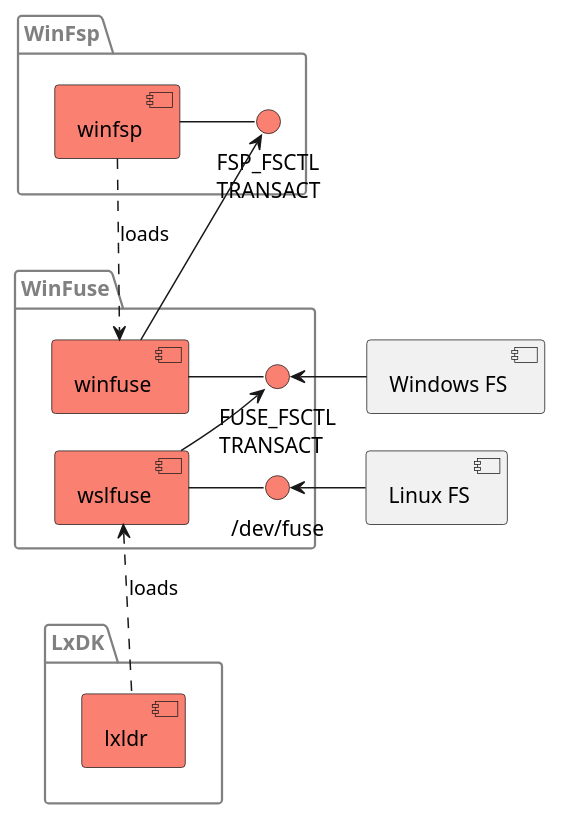
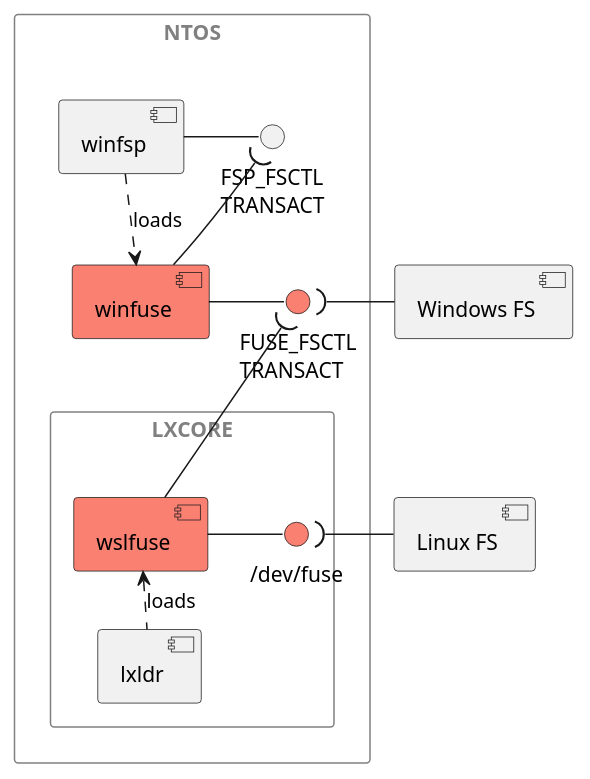
The diagram in doc/component.puml (billziss-gh/winfuse), drawn with PlantUML before and after one commit. The commit also changed 5 other files, not shown here.

Commit message:
doc: update diagrams

```diff
--- a/doc/component.puml
+++ b/doc/component.puml
@@ -1,57 +1,74 @@
-skinparam componentStyle uml2
 skinparam nodesep 50
-skinparam ranksep 10
-skinparam package {
+skinparam ranksep 20
+skinparam rectangle {
     fontcolor grey
     borderColor grey
     shadowing false
 }
+'skinparam linetype ortho
 
-together {
-    package WinFsp {
-        together {
-            component winfsp #Salmon
-            interface "FSP_FSCTL\nTRANSACT" as FSP_FSCTL_TRANSACT #Salmon
-            winfsp -right- FSP_FSCTL_TRANSACT
-        }
+rectangle "NTOS\n" as NTOS {
+    component winfsp
+    interface "FSP_FSCTL\nTRANSACT" as FSP_FSCTL_TRANSACT
+    winfsp -right- FSP_FSCTL_TRANSACT
+
+    component winfuse #Salmon
+    interface "FUSE_FSCTL\nTRANSACT" as FUSE_FSCTL_TRANSACT #Salmon
+    winfuse -right- FUSE_FSCTL_TRANSACT
+
+    winfsp .down.> winfuse: loads
+    winfuse -up--( FSP_FSCTL_TRANSACT
+
+    rectangle "LXCORE\n" as LXCORE {
+        component wslfuse #Salmon
+        interface "/dev/fuse" as devfuse #Salmon
+        wslfuse -right- devfuse
+
+        component lxldr
+
+        lxldr .up.> wslfuse: loads
     }
 
-    package WinFuse {
-        together {
-            component winfuse #Salmon
-            interface "FUSE_FSCTL\nTRANSACT" as FUSE_FSCTL_TRANSACT #Salmon
-            winfuse -right- FUSE_FSCTL_TRANSACT
-            component wslfuse #Salmon
-            interface "/dev/fuse" as devfuse #Salmon
-            wslfuse -right- devfuse
-
-            winfuse -[hidden]- wslfuse
-            FUSE_FSCTL_TRANSACT -[hidden]- devfuse
-        }
-    }
-
-    package LxDK {
-        together {
-            component lxldr #Salmon
-        }
-    }
-
-    winfsp -[hidden]- winfuse
-    wslfuse -[hidden]- lxldr
-    FSP_FSCTL_TRANSACT -[hidden]- FUSE_FSCTL_TRANSACT
-
-    winfuse -up-> FSP_FSCTL_TRANSACT
-    wslfuse -up-> FUSE_FSCTL_TRANSACT
-
-    winfsp .down.> winfuse: loads
-    lxldr .up.> wslfuse: loads
+    winfuse -[hidden]- wslfuse
+    wslfuse -up--( FUSE_FSCTL_TRANSACT
 }
 
 component "Windows FS" as winfs
+winfs -left-( FUSE_FSCTL_TRANSACT
+
 component "Linux FS" as wslfs
-winfs -[hidden]- wslfs
-winfuse -[hidden] winfs
-wslfuse -[hidden] wslfs
+wslfs -left-( devfuse
 
-winfs -left-> FUSE_FSCTL_TRANSACT
-wslfs -left-> devfuse
+/'
+skinparam linetype ortho
+
+node NTOS {
+    component winfsp #Salmon
+    interface "FSP_FSCTL\nTRANSACT" as FSP_FSCTL_TRANSACT #Salmon
+    winfsp -right- FSP_FSCTL_TRANSACT
+
+    component winfuse #Salmon
+    interface "FUSE_FSCTL\nTRANSACT" as FUSE_FSCTL_TRANSACT #Salmon
+    winfuse -right- FUSE_FSCTL_TRANSACT
+
+    winfsp .down.> winfuse: loads
+    'winfsp -[hidden]- winfuse
+    winfuse -up--( FSP_FSCTL_TRANSACT
+
+    node LXCORE {
+        component wslfuse #Salmon
+        interface "/dev/fuse" as devfuse #Salmon
+        wslfuse -right- devfuse
+
+        component lxldr #Salmon
+
+        lxldr .up.> wslfuse: loads
+    }
+
+    winfuse -[hidden]- wslfuse
+    FSP_FSCTL_TRANSACT -[hidden]- FUSE_FSCTL_TRANSACT
+    FUSE_FSCTL_TRANSACT -[hidden]- devfuse
+}
+
+
+'/
```
